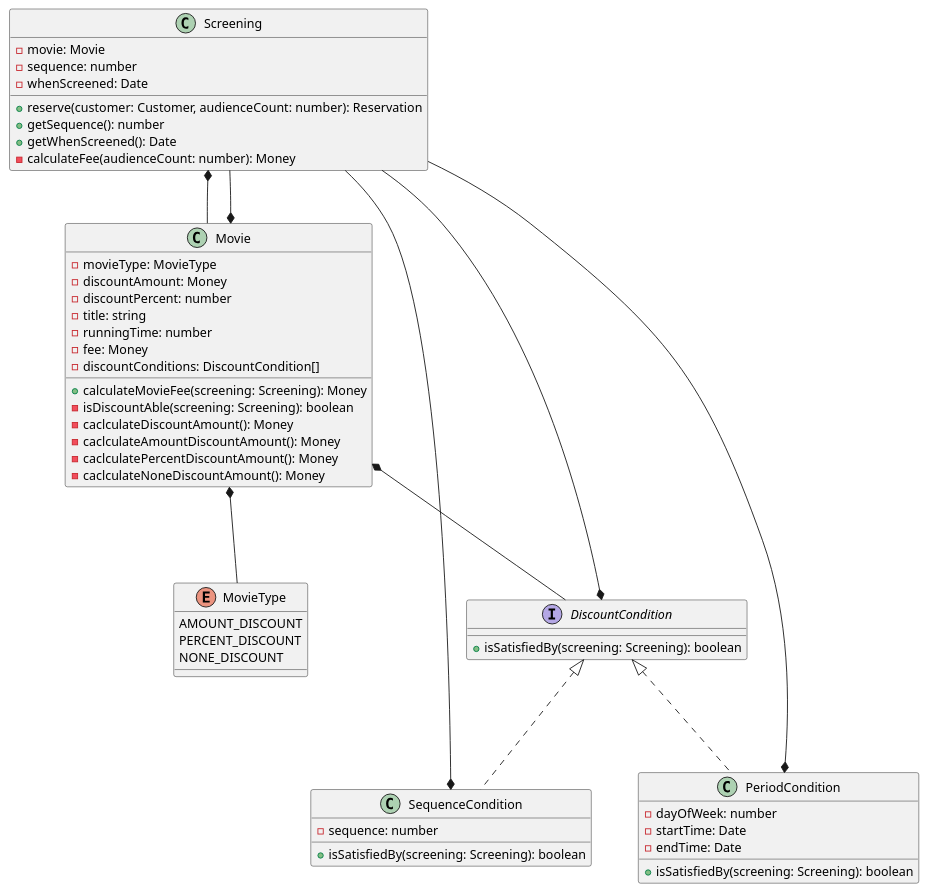
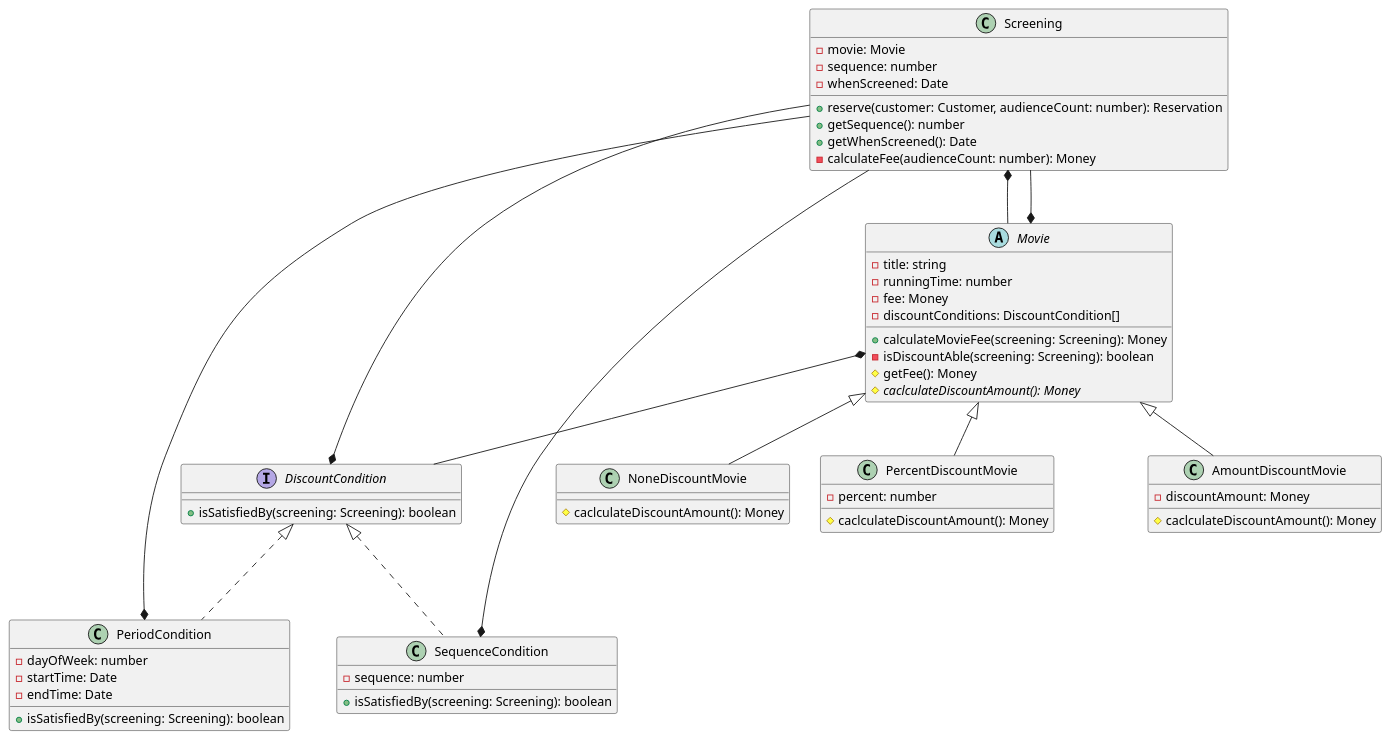
One commit to vomvoru/object-study changed the diagram in chapter5/tplant.puml. Above: the diagram before and after it, drawn with PlantUML. The commit also changed 7 other files, not shown here.

```diff
--- a/chapter5/tplant.puml
+++ b/chapter5/tplant.puml
@@ -1,79 +1,82 @@
 @startuml
-class Customer
 class Money {
     -amount: number
     +plus(amount: Money): Money
     +minus(amount: Money): Money
     +times(percent: number): Money
     +isLessThan(other: Money): boolean
     +isGreaterThanOrEqual(other: Money): boolean
     +{static} ZERO: Money
     +{static} wons(amount: number): Money
 }
+class Customer
 class Reservation {
     -customer: Customer
     -screening: Screening
     -fee: Money
     -audienceCount: number
 }
-enum MovieType {
-    AMOUNT_DISCOUNT
-    PERCENT_DISCOUNT
-    NONE_DISCOUNT
-}
-class Movie {
-    -movieType: MovieType
-    -discountAmount: Money
-    -discountPercent: number
+abstract class Movie {
     -title: string
     -runningTime: number
     -fee: Money
     -discountConditions: DiscountCondition[]
     +calculateMovieFee(screening: Screening): Money
     -isDiscountAble(screening: Screening): boolean
-    -caclculateDiscountAmount(): Money
-    -caclculateAmountDiscountAmount(): Money
-    -caclculatePercentDiscountAmount(): Money
-    -caclculateNoneDiscountAmount(): Money
+    #getFee(): Money
+    #{abstract} caclculateDiscountAmount(): Money
 }
 class Screening {
     -movie: Movie
     -sequence: number
     -whenScreened: Date
     +reserve(customer: Customer, audienceCount: number): Reservation
     +getSequence(): number
     +getWhenScreened(): Date
     -calculateFee(audienceCount: number): Money
 }
 interface DiscountCondition {
     +isSatisfiedBy(screening: Screening): boolean
+}
+class AmountDiscountMovie extends Movie {
+    -discountAmount: Money
+    #caclculateDiscountAmount(): Money
+}
+class NoneDiscountMovie extends Movie {
+    #caclculateDiscountAmount(): Money
+}
+class PercentDiscountMovie extends Movie {
+    -percent: number
+    #caclculateDiscountAmount(): Money
 }
 class PeriodCondition implements DiscountCondition {
     -dayOfWeek: number
     -startTime: Date
     -endTime: Date
     +isSatisfiedBy(screening: Screening): boolean
 }
 class SequenceCondition implements DiscountCondition {
     -sequence: number
     +isSatisfiedBy(screening: Screening): boolean
 }
 Reservation *-- Customer
 Reservation *-- Screening
 Reservation *-- Money
-Movie *-- MovieType
 Movie *-- Money
 Movie *-- DiscountCondition
 Movie *-- Screening
 Screening *-- Movie
 Screening *-- Customer
 Screening *-- Reservation
 Screening *-- Money
 DiscountCondition *-- Screening
+AmountDiscountMovie *-- Money
+NoneDiscountMovie *-- Money
+PercentDiscountMovie *-- Money
 PeriodCondition *-- Screening
 SequenceCondition *-- Screening
 
 hide Money
 hide Customer
 hide Reservation
 @enduml
```
